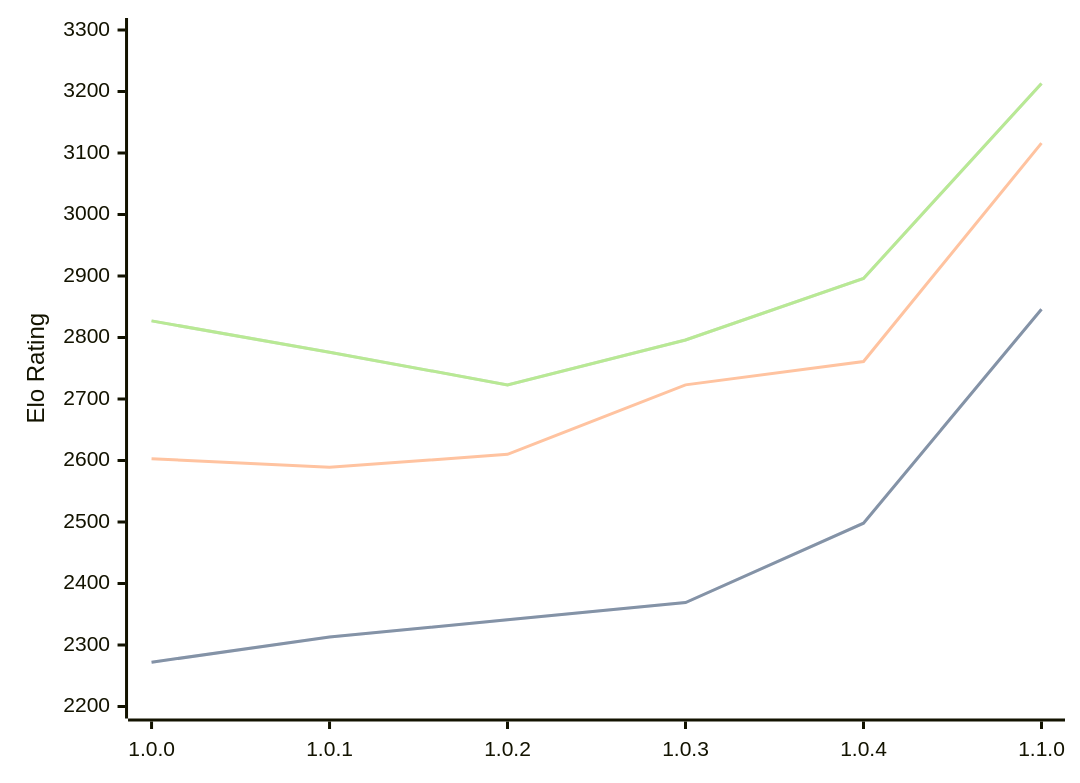
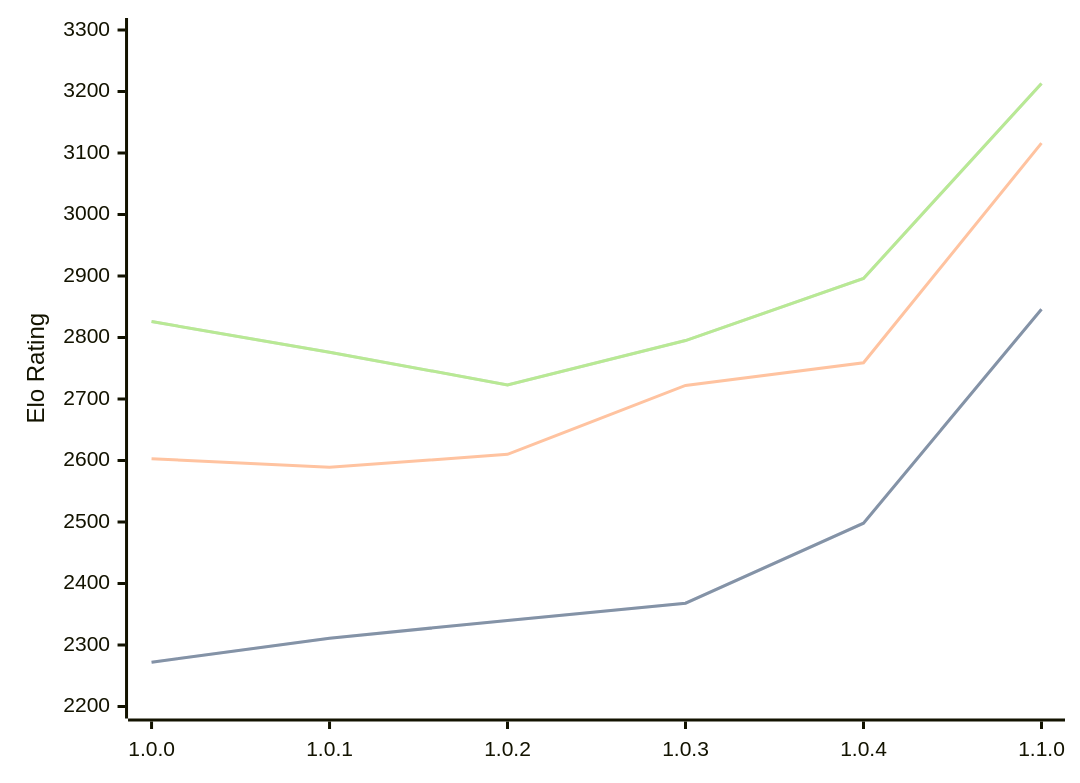
Before and after one commit to computer-chess-index/cci: the diagram in engines/Grail.md, drawn with Mermaid. The commit also changed other lines of this file, not shown here.

Commit message:
Update CCI Ratings (ELO VLTC) - 2026-04-20

````diff
--- a/engines/Grail.md
+++ b/engines/Grail.md
@@ -36,11 +36,11 @@
 ```mermaid
 %%{init: {"theme":"base","themeVariables":{"seriesColors:['#a3a3a3','#222221','#faa371']}}}%%
 xychart-beta
   x-axis ["1.0.0", "1.0.1", "1.0.2", "1.0.3", "1.0.4", "1.1.0"]
   y-axis "Elo Rating" 2200 --> 3300
-  line "STC (8.0+0.08s)" [2272, 2313, 2341, 2369, 2498, 2846]
-  line "STC (8.0+0.08s)" [2272, 2313, 2341, 2369, 2498, 2846]
-  line "LTC (60.0+0.60s)" [2603, 2589, 2610, 2723, 2761, 3116]
-  line "VLTC (2m24s+1.12s)" [2827, 2776, 2723, 2796, 2896, 3213]
-  line "VLTC (2m24s+1.12s)" [2827, 2776, 2723, 2796, 2896, 3213]
+  line "STC (8.0+0.08s)" [2272, 2311, 2340, 2368, 2498, 2846]
+  line "STC (8.0+0.08s)" [2272, 2311, 2340, 2368, 2498, 2846]
+  line "LTC (60.0+0.60s)" [2603, 2589, 2610, 2722, 2759, 3116]
+  line "VLTC (2m24s+1.12s)" [2826, 2776, 2723, 2795, 2896, 3213]
+  line "VLTC (2m24s+1.12s)" [2826, 2776, 2723, 2795, 2896, 3213]
 ```
````
